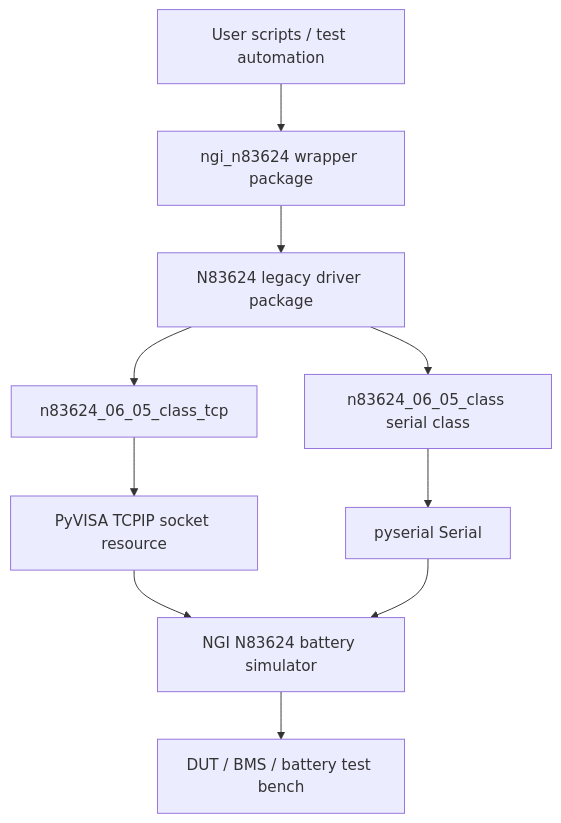
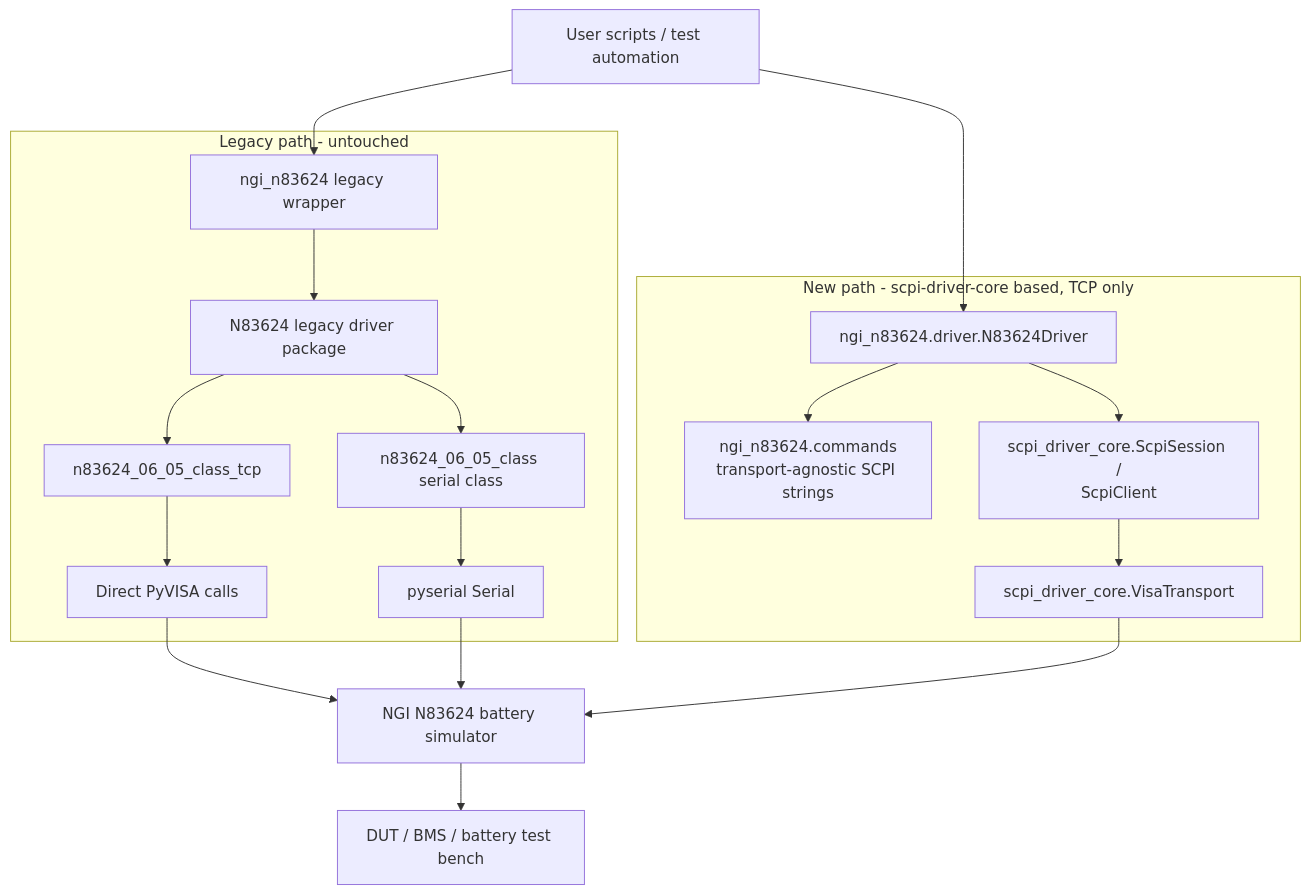
One commit to ami3go/NGI-N83624-Battery-simulator changed the diagram in Docs/Driver/software_architecture.md. Above: the diagram before and after it, drawn with Mermaid. The commit also changed other lines of this file and 5 other files, not shown here.

````diff
--- a/Docs/Driver/software_architecture.md
+++ b/Docs/Driver/software_architecture.md
@@ -5,12 +11,25 @@
 ```mermaid
 flowchart TB
-    USER[User scripts / test automation] --> WRAP[ngi_n83624 wrapper package]
-    WRAP --> LEGACY[N83624 legacy driver package]
-    LEGACY --> TCP[n83624_06_05_class_tcp]
-    LEGACY --> SERIAL[n83624_06_05_class serial class]
-    TCP --> VISA[PyVISA TCPIP socket resource]
-    SERIAL --> PYSERIAL[pyserial Serial]
-    VISA --> HW[NGI N83624 battery simulator]
+    USER[User scripts / test automation]
+
+    subgraph LEGACY_PATH[Legacy path - untouched]
+        WRAP[ngi_n83624 legacy wrapper] --> LEGACY[N83624 legacy driver package]
+        LEGACY --> TCP_OLD[n83624_06_05_class_tcp]
+        LEGACY --> SERIAL[n83624_06_05_class serial class]
+        TCP_OLD --> VISA_OLD[Direct PyVISA calls]
+        SERIAL --> PYSERIAL[pyserial Serial]
+    end
+
+    subgraph NEW_PATH[New path - scpi-driver-core based, TCP only]
+        DRIVER[ngi_n83624.driver.N83624Driver] --> CMDS[ngi_n83624.commands<br/>transport-agnostic SCPI strings]
+        DRIVER --> SESSION[scpi_driver_core.ScpiSession /<br/>ScpiClient]
+        SESSION --> VISA_NEW[scpi_driver_core.VisaTransport]
+    end
+
+    USER --> WRAP
+    USER --> DRIVER
+    VISA_OLD --> HW[NGI N83624 battery simulator]
     PYSERIAL --> HW
+    VISA_NEW --> HW
     HW --> DUT[DUT / BMS / battery test bench]
 ```
````
